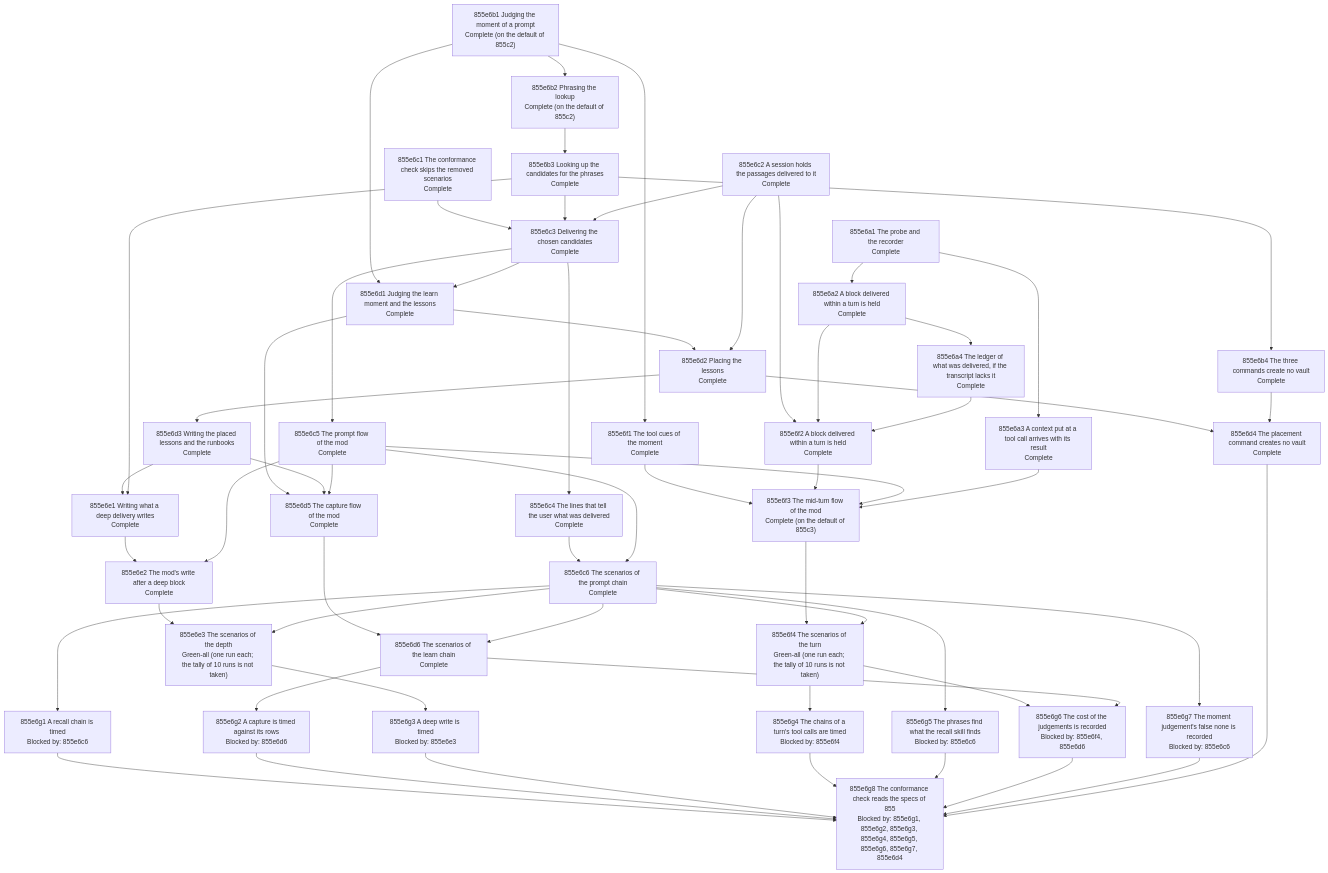
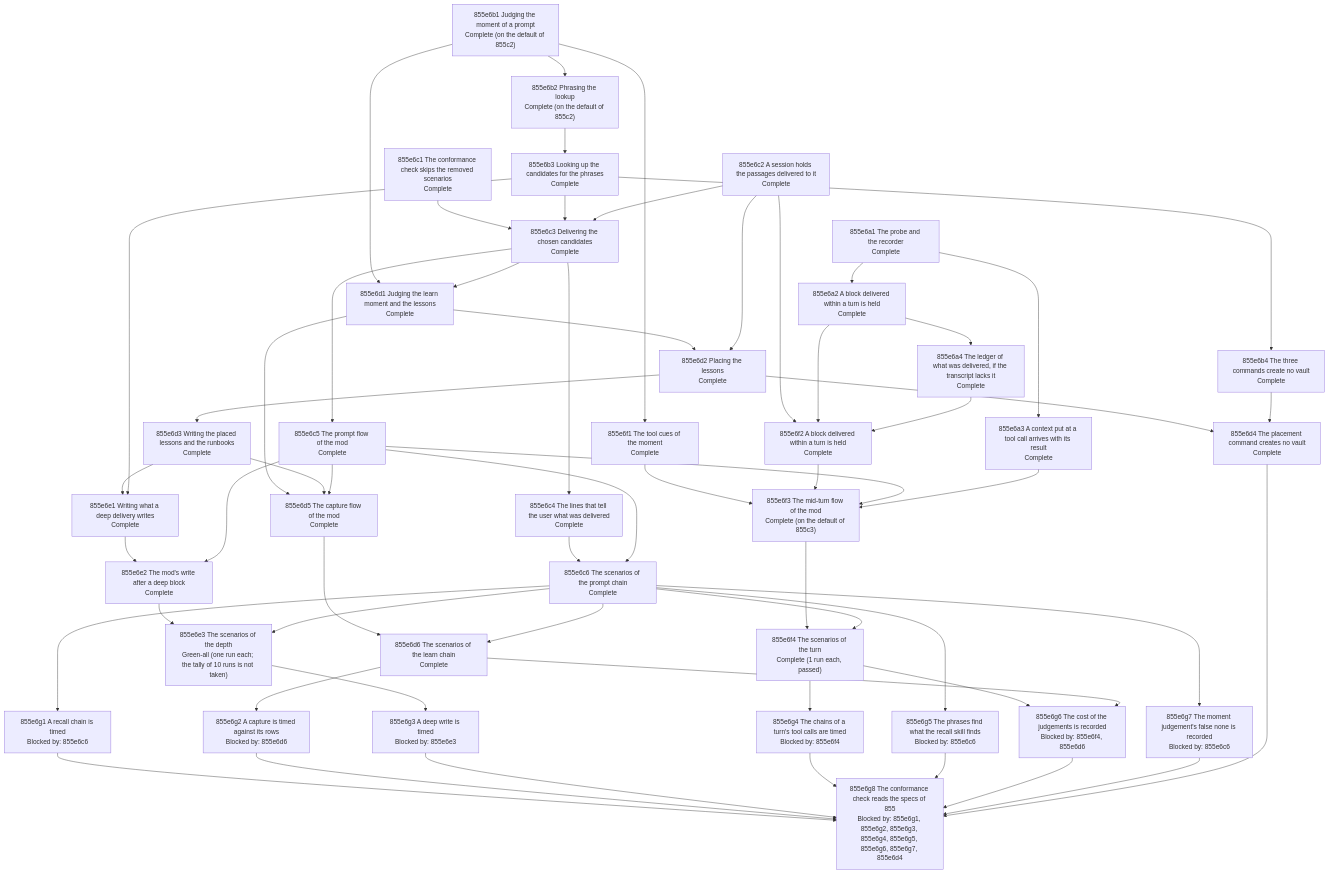
The diagram in docs/changes/855_judged-automatic-memory/855e_implementation-plan.md (toejough/engram), drawn with Mermaid before and after one commit. The commit also changed other lines of this file and 2 other files, not shown here.

First line of the commit message:
test(855d4a1b): green - the instructions of the learn moment count a request to remember whatever the agent answers, which 793a2c1i needed; decision 855b104, the rows of the plan carry the hashes of this pass, and the product rows of the turn are Done

```diff
--- a/docs/changes/855_judged-automatic-memory/855e_implementation-plan.md
+++ b/docs/changes/855_judged-automatic-memory/855e_implementation-plan.md
@@ -79,7 +79,7 @@
     n855e6f1["855e6f1 The tool cues of the moment<br/>Complete"]
     n855e6f2["855e6f2 A block delivered within a turn is held<br/>Complete"]
     n855e6f3["855e6f3 The mid-turn flow of the mod<br/>Complete (on the default of 855c3)"]
-    n855e6f4["855e6f4 The scenarios of the turn<br/>Green-all (one run each; the tally of 10 runs is not taken)"]
+    n855e6f4["855e6f4 The scenarios of the turn<br/>Complete (1 run each, passed)"]
     n855e6g1["855e6g1 A recall chain is timed<br/>Blocked by: 855e6c6"]
     n855e6g2["855e6g2 A capture is timed against its rows<br/>Blocked by: 855e6d6"]
     n855e6g3["855e6g3 A deep write is timed<br/>Blocked by: 855e6e3"]
```
